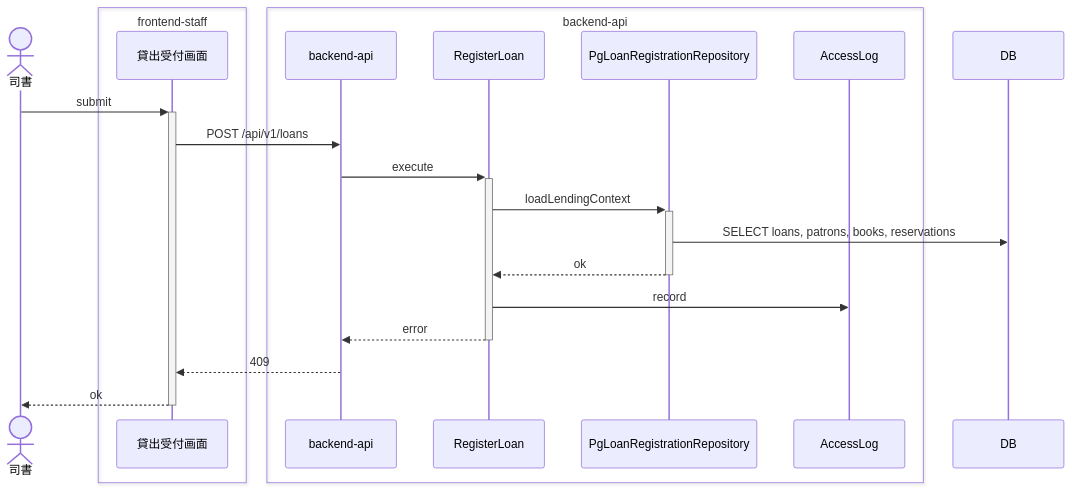
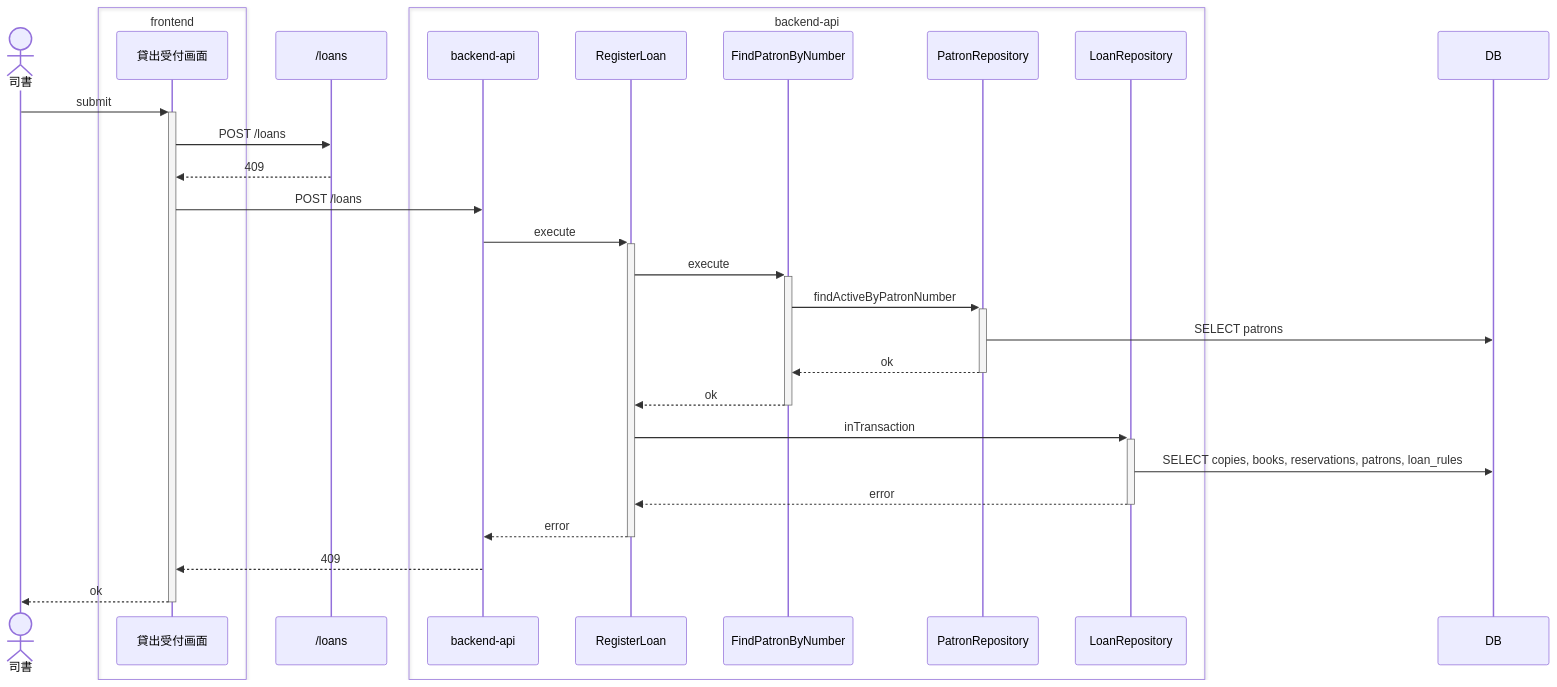
Before and after one commit to suwa-sh/suwa-sh-claude-plugins: the fifth of 6 diagrams in samples/distillery2/library-loan/docs/as-built/貸出業務/貸出を登録する/sequence.md, drawn with Mermaid. The commit also changed other lines of this file and 249 other files, not shown here.

````diff
--- a/samples/distillery2/library-loan/docs/as-built/貸出業務/貸出を登録する/sequence.md
+++ b/samples/distillery2/library-loan/docs/as-built/貸出業務/貸出を登録する/sequence.md
@@ -185,24 +163,32 @@
 ```mermaid
 sequenceDiagram
     actor p0 as 司書
-    box transparent frontend-staff
+    box transparent frontend
         participant p1 as 貸出受付画面
     end
+    participant p2 as /loans
     box transparent backend-api
-        participant p2 as backend-api
-        participant p3 as RegisterLoan
-        participant p4 as PgLoanRegistrationRepository
-        participant p6 as AccessLog
+        participant p3 as backend-api
+        participant p4 as RegisterLoan
+        participant p5 as FindPatronByNumber
+        participant p6 as PatronRepository
+        participant p8 as LoanRepository
     end
-    participant p5 as DB
+    participant p7 as DB
     p0->>+p1: submit
-    p1->>p2: POST /api/v1/loans
-    p2->>+p3: execute
-    p3->>+p4: loadLendingContext
-    p4->>p5: SELECT loans, patrons, books, reservations
-    p4-->>-p3: ok
-    p3->>p6: record
-    p3-->>-p2: error
+    p1->>p2: POST /loans
     p2-->>p1: 409
+    p1->>p3: POST /loans
+    p3->>+p4: execute
+    p4->>+p5: execute
+    p5->>+p6: findActiveByPatronNumber
+    p6->>p7: SELECT patrons
+    p6-->>-p5: ok
+    p5-->>-p4: ok
+    p4->>+p8: inTransaction
+    p8->>p7: SELECT copies, books, reservations, patrons, loan_rules
+    p8-->>-p4: error
+    p4-->>-p3: error
+    p3-->>p1: 409
     p1-->>-p0: ok
 ```
````
